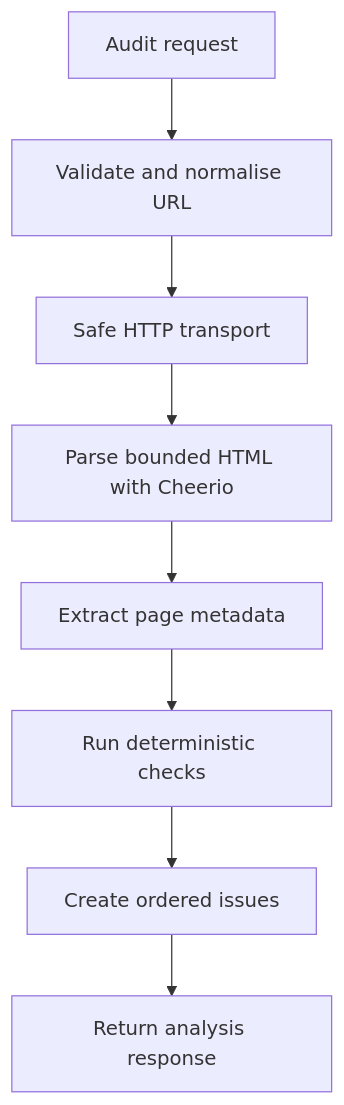
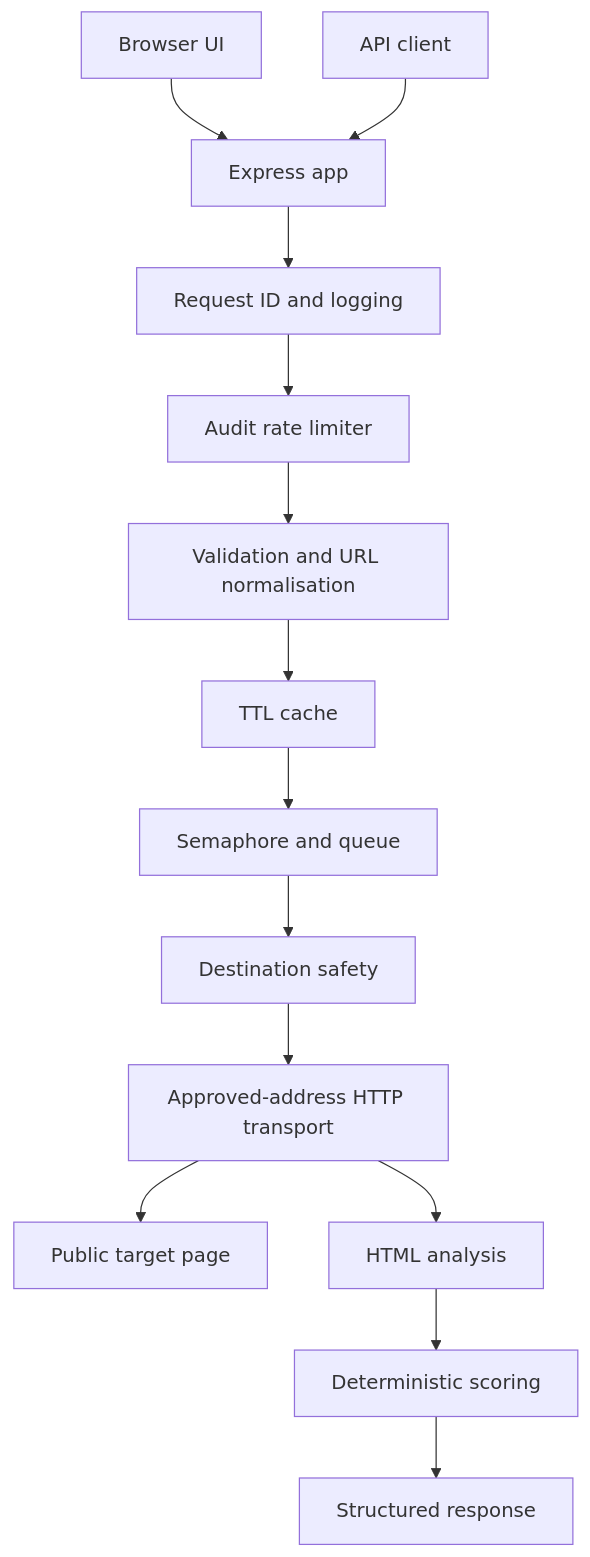
Before and after one commit to shivaydwivedi/PagePulse: the diagram in README.md, drawn with Mermaid. The commit also changed other lines of this file and 22 other files, not shown here.

````diff
--- a/README.md
+++ b/README.md
@@ -743,10 +52,16 @@
 ```mermaid
 flowchart TD
-    Request["Audit request"] --> Normalize["Validate and normalise URL"]
-    Normalize --> Transport["Safe HTTP transport"]
-    Transport --> Parse["Parse bounded HTML with Cheerio"]
-    Parse --> Metadata["Extract page metadata"]
-    Metadata --> Checks["Run deterministic checks"]
-    Checks --> Issues["Create ordered issues"]
-    Issues --> Response["Return analysis response"]
+  Browser["Browser UI"] --> Express["Express app"]
+  Client["API client"] --> Express
+  Express --> RequestId["Request ID and logging"]
+  RequestId --> RateLimit["Audit rate limiter"]
+  RateLimit --> Validation["Validation and URL normalisation"]
+  Validation --> Cache["TTL cache"]
+  Cache --> Semaphore["Semaphore and queue"]
+  Semaphore --> Safety["Destination safety"]
+  Safety --> Transport["Approved-address HTTP transport"]
+  Transport --> Target["Public target page"]
+  Transport --> Analysis["HTML analysis"]
+  Analysis --> Scoring["Deterministic scoring"]
+  Scoring --> Response["Structured response"]
 ```
````
